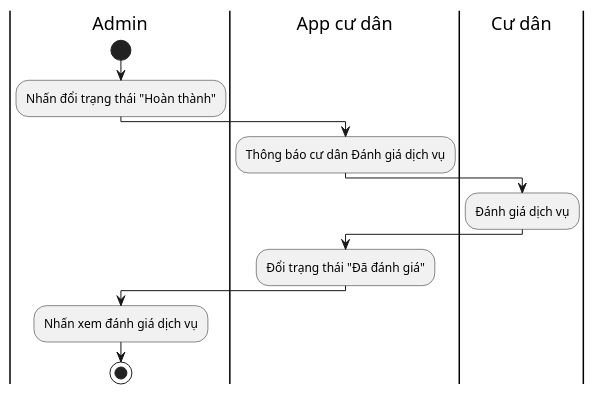
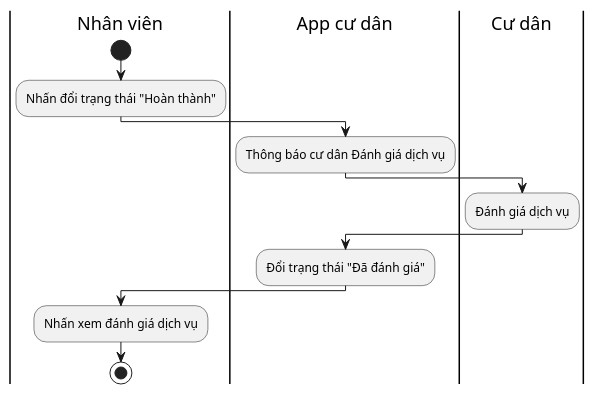
One commit to QuickyBooster/SE357-Pratice-class changed the diagram in Lab1/Lab1.2/Activity Diagram/Quản lý dịch vụ/Xác nhận hoàn thành.plantuml. Above: the diagram before and after it, drawn with PlantUML. The commit also changed 3 other files, not shown here.

Commit message:
THUYDUONG UPDATE SEQUENCE

```diff
--- a/Lab1/Lab1.2/Activity Diagram/Quản lý dịch vụ/Xác nhận hoàn thành.plantuml
+++ b/Lab1/Lab1.2/Activity Diagram/Quản lý dịch vụ/Xác nhận hoàn thành.plantuml
@@ -1,15 +1,15 @@
 @startuml
 
-|Admin|
+|Nhân viên|
 start
 :Nhấn đổi trạng thái "Hoàn thành";
 |App cư dân|
 :Thông báo cư dân Đánh giá dịch vụ;
 |Cư dân|
 :Đánh giá dịch vụ;
 |App cư dân|
 :Đổi trạng thái "Đã đánh giá";
-|Admin|
+|Nhân viên|
 :Nhấn xem đánh giá dịch vụ;
 stop
 @enduml
```
